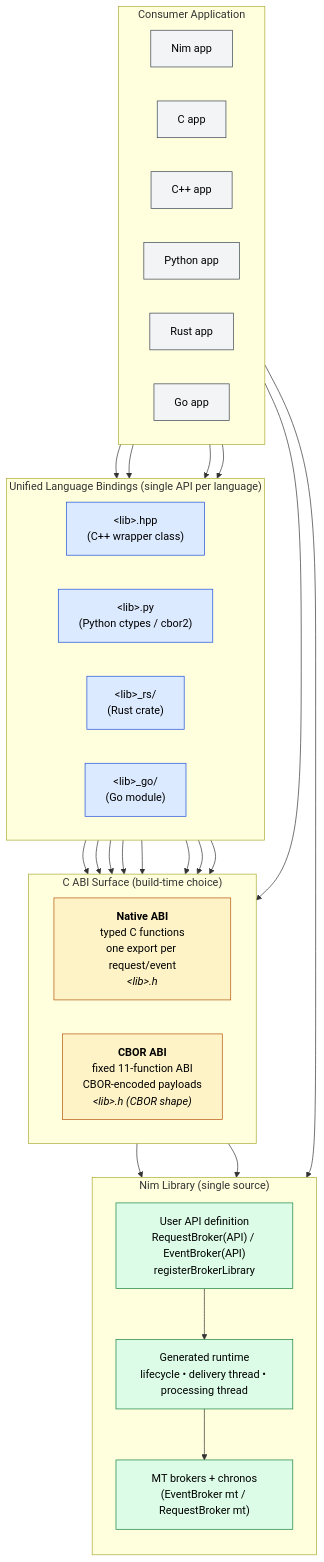
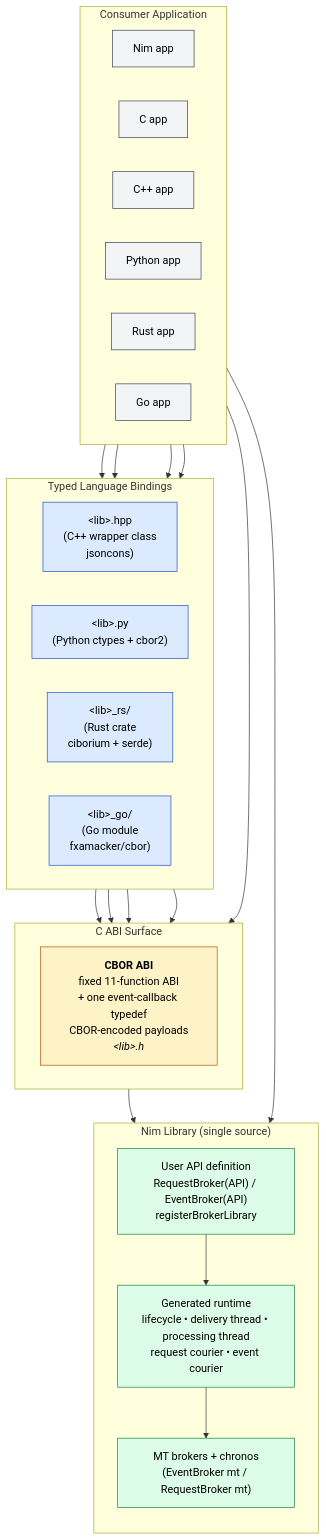
One commit to NagyZoltanPeter/nim-brokers changed the first of 4 diagrams in doc/FFI_API.md. Above: the diagram before and after it, drawn with Mermaid. The commit also changed other lines of this file, not shown here.

First line of the commit message:
doc(FFI_API): honest review — fix AsyncChannel + broken diagram, drop native ABI from architecture

````diff
--- a/doc/FFI_API.md
+++ b/doc/FFI_API.md
@@ -154,62 +155,56 @@
 ```mermaid
 flowchart TB
     subgraph App["Consumer Application"]
         direction LR
         AppNim["Nim app"]
         AppC["C app"]
         AppCpp["C++ app"]
         AppPy["Python app"]
         AppRs["Rust app"]
         AppGo["Go app"]
     end
 
-    subgraph Wrappers["Unified Language Bindings (single API per language)"]
+    subgraph Wrappers["Typed Language Bindings"]
         direction LR
-        WCpp["&lt;lib&gt;.hpp<br/>(C++ wrapper class)"]
-        WPy["&lt;lib&gt;.py<br/>(Python ctypes / cbor2)"]
-        WRs["&lt;lib&gt;_rs/<br/>(Rust crate)"]
-        WGo["&lt;lib&gt;_go/<br/>(Go module)"]
+        WCpp["&lt;lib&gt;.hpp<br/>(C++ wrapper class<br/>jsoncons)"]
+        WPy["&lt;lib&gt;.py<br/>(Python ctypes + cbor2)"]
+        WRs["&lt;lib&gt;_rs/<br/>(Rust crate<br/>ciborium + serde)"]
+        WGo["&lt;lib&gt;_go/<br/>(Go module<br/>fxamacker/cbor)"]
     end
 
-    subgraph CABI["C ABI Surface (build-time choice)"]
+    subgraph CABI["C ABI Surface"]
         direction LR
-        Native["<b>Native ABI</b><br/>typed C functions<br/>one export per request/event<br/><i>&lt;lib&gt;.h</i>"]
-        Cbor["<b>CBOR ABI</b><br/>fixed 11-function ABI<br/>CBOR-encoded payloads<br/><i>&lt;lib&gt;.h (CBOR shape)</i>"]
+        Cbor["<b>CBOR ABI</b><br/>fixed 11-function ABI<br/>+ one event-callback typedef<br/>CBOR-encoded payloads<br/><i>&lt;lib&gt;.h</i>"]
     end
 
     subgraph Nim["Nim Library (single source)"]
         direction TB
         UserApi["User API definition<br/>RequestBroker(API) / EventBroker(API)<br/>registerBrokerLibrary"]
-        Runtime["Generated runtime<br/>lifecycle • delivery thread • processing thread"]
+        Runtime["Generated runtime<br/>lifecycle • delivery thread • processing thread<br/>request courier • event courier"]
         Brokers["MT brokers + chronos<br/>(EventBroker mt / RequestBroker mt)"]
         UserApi --> Runtime --> Brokers
     end
 
     AppNim --> Brokers
-    AppC --> Native
+    AppC --> Cbor
     AppCpp --> WCpp
     AppPy --> WPy
     AppRs --> WRs
     AppGo --> WGo
 
-    WCpp --> Native
     WCpp --> Cbor
-    WPy --> Native
     WPy --> Cbor
-    WRs --> Native
     WRs --> Cbor
-    WGo --> Native
     WGo --> Cbor
 
-    Native --> Nim
     Cbor --> Nim
 
     classDef abi fill:#fef3c7,stroke:#b45309,color:#000
     classDef wrap fill:#dbeafe,stroke:#1d4ed8,color:#000
     classDef nim fill:#dcfce7,stroke:#15803d,color:#000
     classDef app fill:#f3f4f6,stroke:#374151,color:#000
-    class Native,Cbor abi
+    class Cbor abi
     class WCpp,WPy,WRs,WGo wrap
     class UserApi,Runtime,Brokers nim
     class AppNim,AppC,AppCpp,AppPy,AppRs,AppGo app
 ```
````
